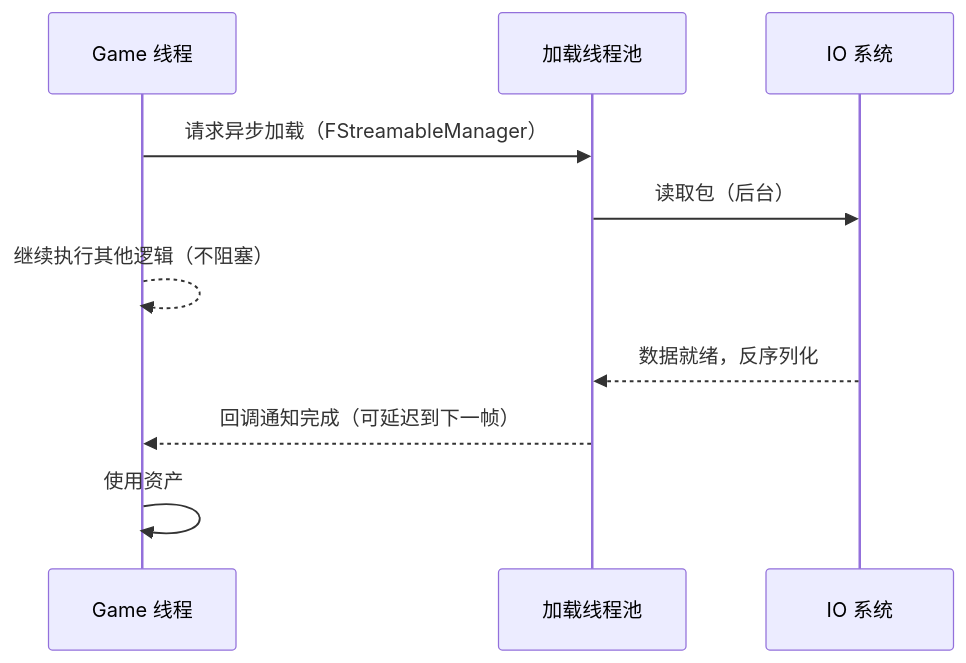
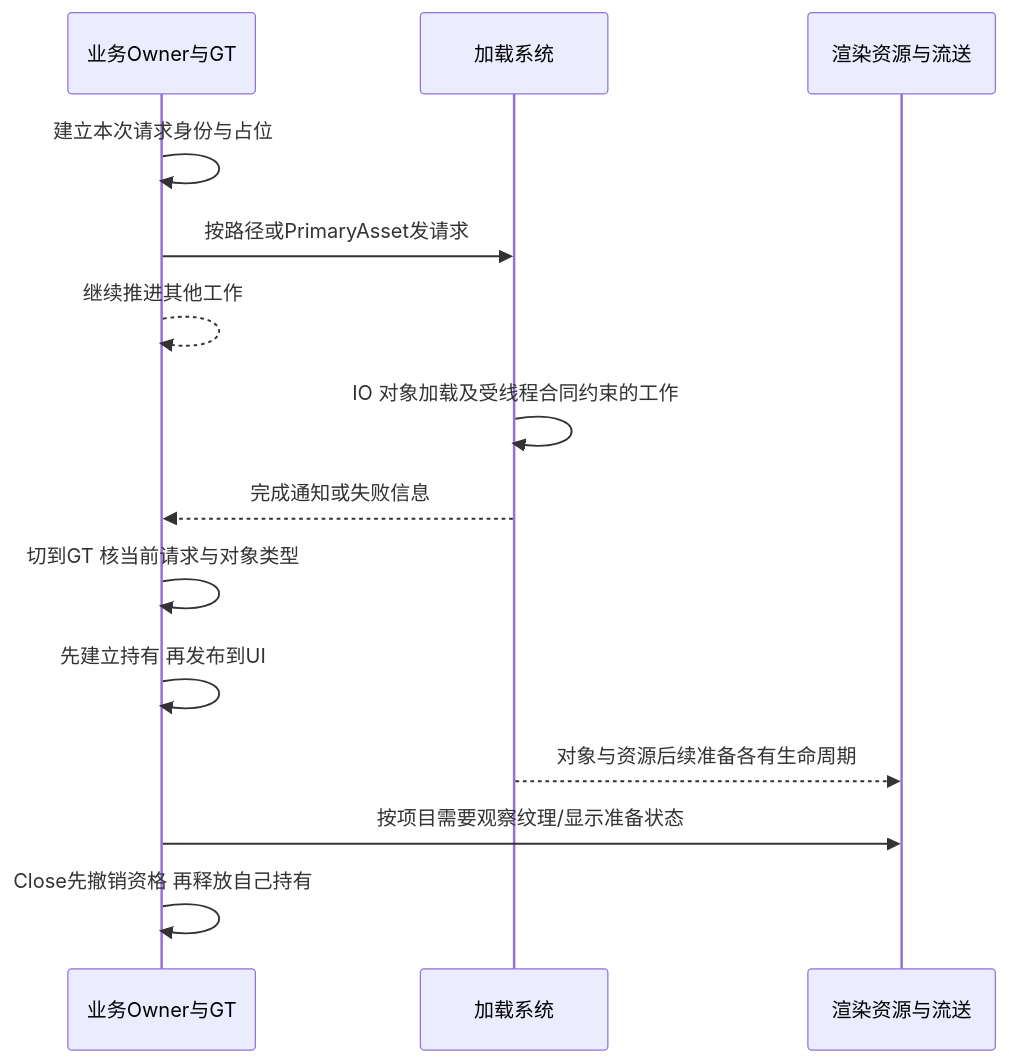
One commit to fantuan812/learning changed the fourth of 6 diagrams in 知识/08-工程实践与质量/调试与性能分析/04-渲染与加载性能优化.md. Above: the diagram before and after it, drawn with Mermaid. The commit also changed other lines of this file and 1 other file, not shown here.

````diff
--- a/知识/08-工程实践与质量/调试与性能分析/04-渲染与加载性能优化.md
+++ b/知识/08-工程实践与质量/调试与性能分析/04-渲染与加载性能优化.md
@@ -182,12 +153,16 @@
 ```mermaid
 sequenceDiagram
-    participant G as Game 线程
-    participant L as 加载线程池
-    participant IO as IO 系统
-    G->>L: 请求异步加载（FStreamableManager）
-    L->>IO: 读取包（后台）
-    G-->>G: 继续执行其他逻辑（不阻塞）
-    IO-->>L: 数据就绪，反序列化
-    L-->>G: 回调通知完成（可延迟到下一帧）
-    G->>G: 使用资产
+    participant O as 业务Owner与GT
+    participant L as 加载系统
+    participant R as 渲染资源与流送
+    O->>O: 建立本次请求身份与占位
+    O->>L: 按路径或PrimaryAsset发请求
+    O-->>O: 继续推进其他工作
+    L->>L: IO 对象加载及受线程合同约束的工作
+    L-->>O: 完成通知或失败信息
+    O->>O: 切到GT 核当前请求与对象类型
+    O->>O: 先建立持有 再发布到UI
+    L-->>R: 对象与资源后续准备各有生命周期
+    O->>R: 按项目需要观察纹理/显示准备状态
+    O->>O: Close先撤销资格 再释放自己持有
 ```
````
